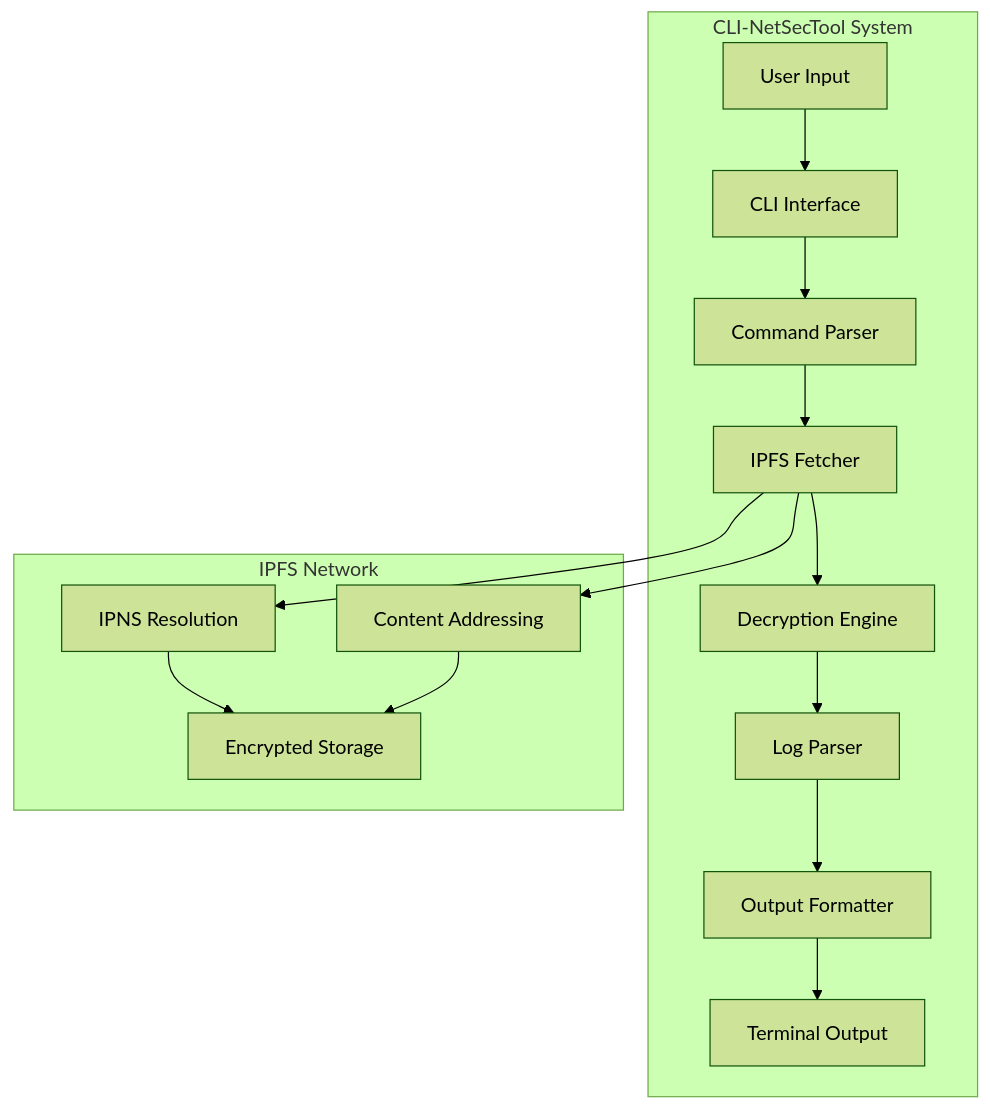
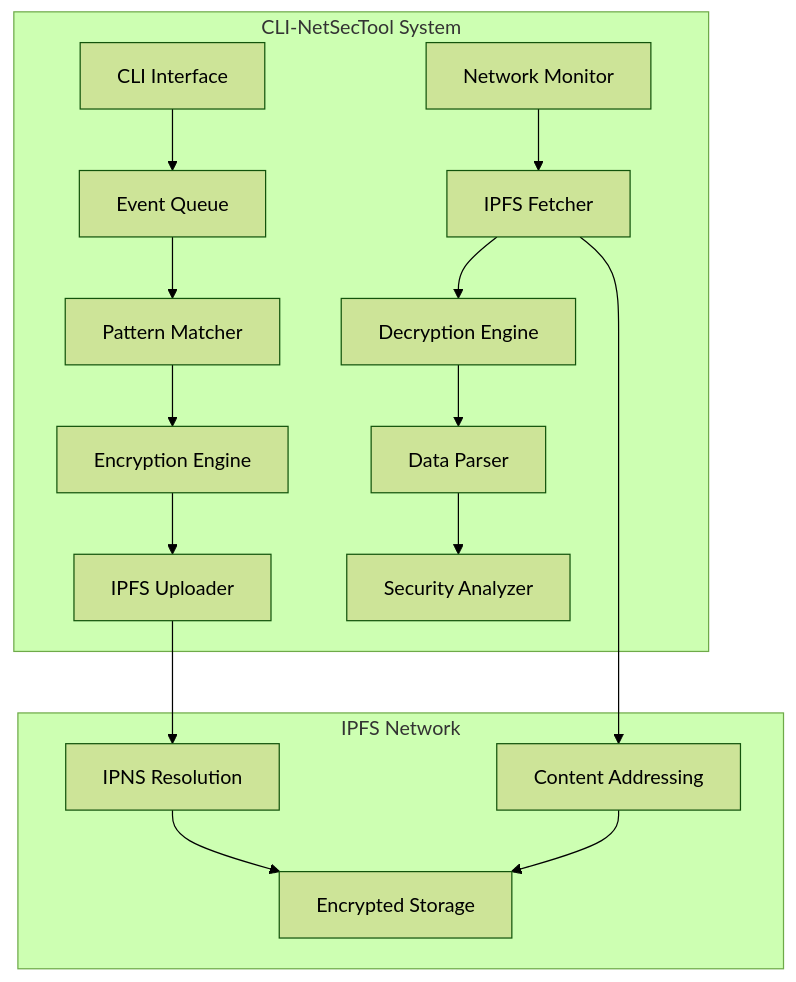
One commit to kharaazyan/CLI-NetSecTool changed the diagram in README.md. Above: the diagram before and after it, drawn with Mermaid (forest theme). The commit also changed other lines of this file and 13 other files, not shown here.

````diff
--- a/README.md
+++ b/README.md
@@ -84,24 +89,25 @@
 ```mermaid
 graph TB
     subgraph "CLI-NetSecTool System"
-        A[CLI Interface] --> B[Command Parser]
-        B --> C[IPFS Fetcher]
-        C --> D[Decryption Engine]
-        D --> E[Log Parser]
-        E --> F[Output Formatter]
+        A[CLI Interface] --> B[Event Queue]
+        B --> C[Pattern Matcher]
+        C --> D[Encryption Engine]
+        D --> E[IPFS Uploader]
         
-        G[User Input] --> A
-        F --> H[Terminal Output]
+        F[Network Monitor] --> G[IPFS Fetcher]
+        G --> H[Decryption Engine]
+        H --> I[Data Parser]
+        I --> J[Security Analyzer]
     end
     
     subgraph "IPFS Network"
-        I[IPNS Resolution]
-        J[Encrypted Storage]
-        K[Content Addressing]
+        K[IPNS Resolution]
+        L[Encrypted Storage]
+        M[Content Addressing]
     end
     
-    C --> I
-    I --> J
-    C --> K
-    K --> J
+    E --> K
+    K --> L
+    G --> M
+    M --> L
 ```
````
